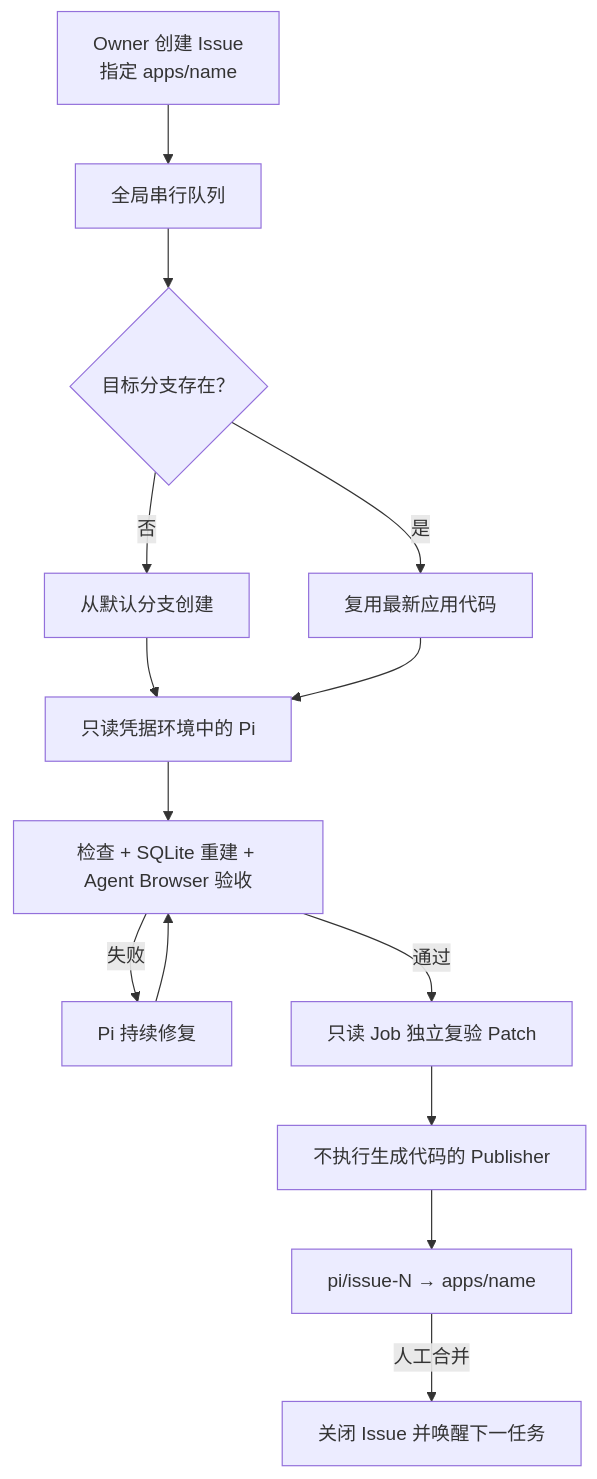
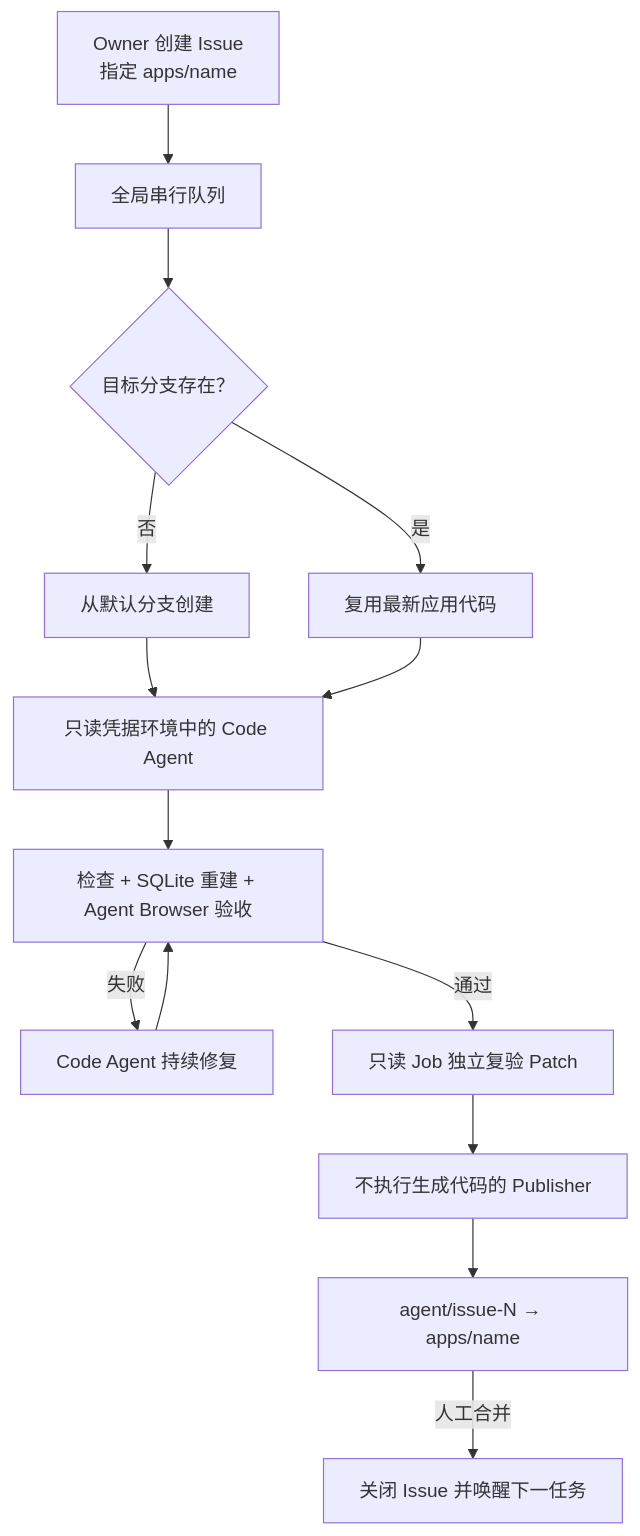
Before and after one commit to gchust/nb3-factory: the diagram in README.MD, drawn with Mermaid. The commit also changed other lines of this file and 26 other files, not shown here.

Commit message:
refactor: decouple factory naming from Code Agent executor

````diff
--- a/README.MD
+++ b/README.MD
@@ -5,16 +5,16 @@
 ```mermaid
 flowchart TD
     Issue["Owner 创建 Issue<br/>指定 apps/name"] --> Queue["全局串行队列"]
     Queue --> Branch{"目标分支存在？"}
     Branch -->|否| Create["从默认分支创建"]
     Branch -->|是| Reuse["复用最新应用代码"]
-    Create --> Pi["只读凭据环境中的 Pi"]
-    Reuse --> Pi
-    Pi --> Verify["检查 + SQLite 重建 + Agent Browser 验收"]
-    Verify -->|失败| Repair["Pi 持续修复"]
+    Create --> Agent["只读凭据环境中的 Code Agent"]
+    Reuse --> Agent
+    Agent --> Verify["检查 + SQLite 重建 + Agent Browser 验收"]
+    Verify -->|失败| Repair["Code Agent 持续修复"]
     Repair --> Verify
     Verify -->|通过| Final["只读 Job 独立复验 Patch"]
     Final --> Publish["不执行生成代码的 Publisher"]
-    Publish --> PR["pi/issue-N → apps/name"]
+    Publish --> PR["agent/issue-N → apps/name"]
     PR -->|人工合并| Done["关闭 Issue 并唤醒下一任务"]
 ```
````
